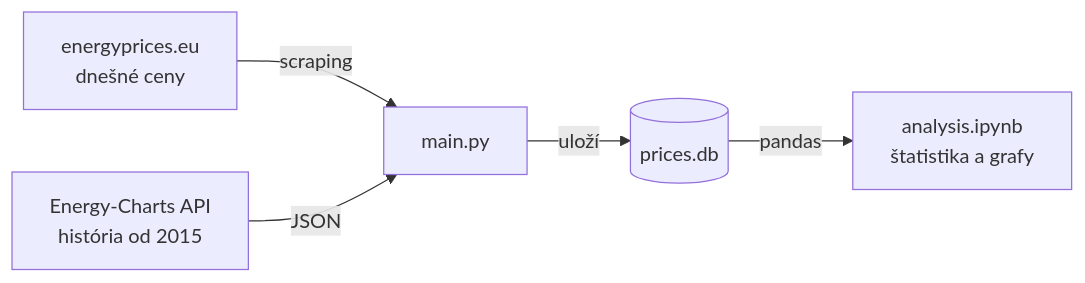
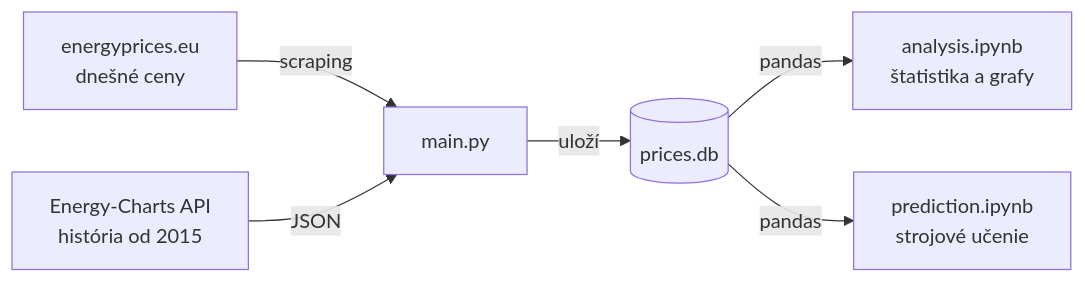
The first of 2 diagrams in README.md (Matus1232/Script-for-electricity-prices-with-prediction), drawn with Mermaid before and after one commit. The commit also changed other lines of this file and 2 other files, not shown here.

Commit message:
price prediction with machine learning

````diff
--- a/README.md
+++ b/README.md
@@ -38,7 +40,8 @@
 ```mermaid
 flowchart LR
     W["energyprices.eu<br>dnešné ceny"] -- "scraping" --> M["main.py"]
     E["Energy-Charts API<br>história od 2015"] -- "JSON" --> M
     M -- "uloží" --> D[("prices.db")]
     D -- "pandas" --> N["analysis.ipynb<br>štatistika a grafy"]
+    D -- "pandas" --> P["prediction.ipynb<br>strojové učenie"]
 ```
````
